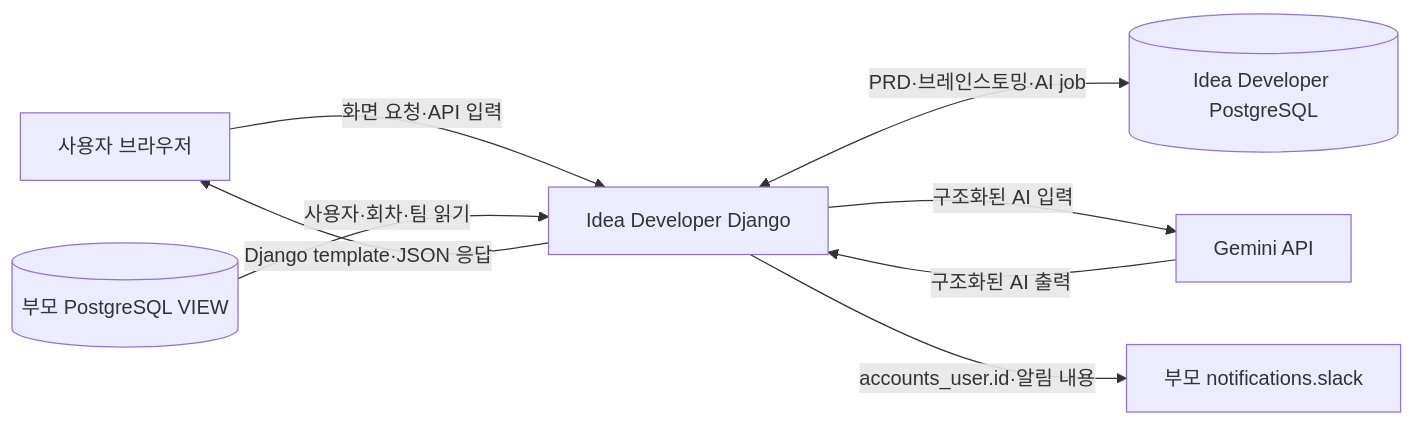
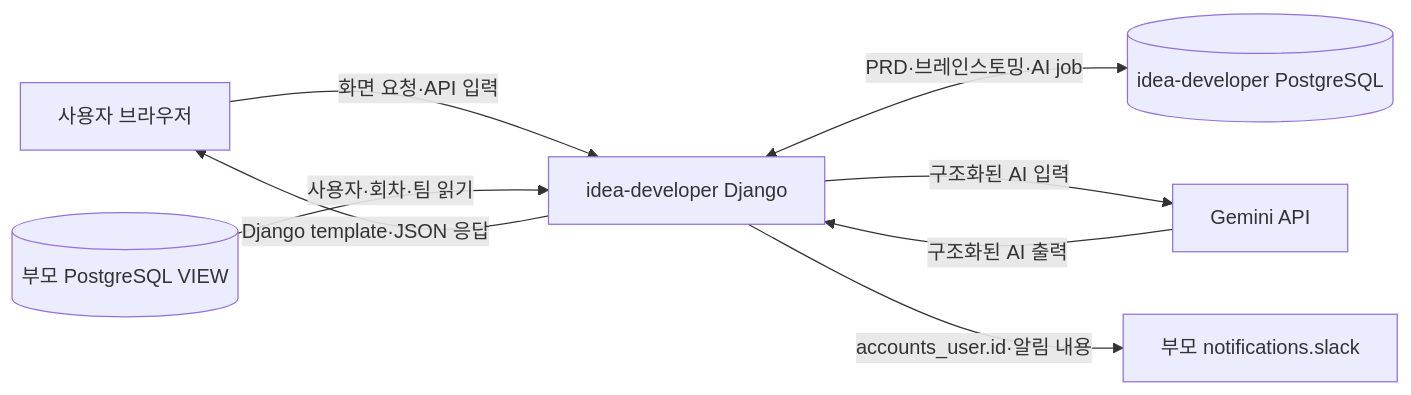
The first of 3 diagrams in docs/report/DATA_FLOW.md (KANT-2/idea-developer), drawn with Mermaid before and after one commit. The commit also changed other lines of this file and 24 other files, not shown here.

````diff
--- a/docs/report/DATA_FLOW.md
+++ b/docs/report/DATA_FLOW.md
@@ -5,17 +5,17 @@
 ```mermaid
 flowchart LR
     User[사용자 브라우저]
     Parent[(부모 PostgreSQL VIEW)]
-    Child[(Idea Developer PostgreSQL)]
+    Child[(idea-developer PostgreSQL)]
     Gemini[Gemini API]
     Slack[부모 notifications.slack]
-    App[Idea Developer Django]
+    App[idea-developer Django]
 
     User -->|화면 요청·API 입력| App
     App -->|Django template·JSON 응답| User
     Parent -->|사용자·회차·팀 읽기| App
     App <-->|PRD·브레인스토밍·AI job| Child
     App -->|구조화된 AI 입력| Gemini
     Gemini -->|구조화된 AI 출력| App
     App -->|accounts_user.id·알림 내용| Slack
 ```
````
